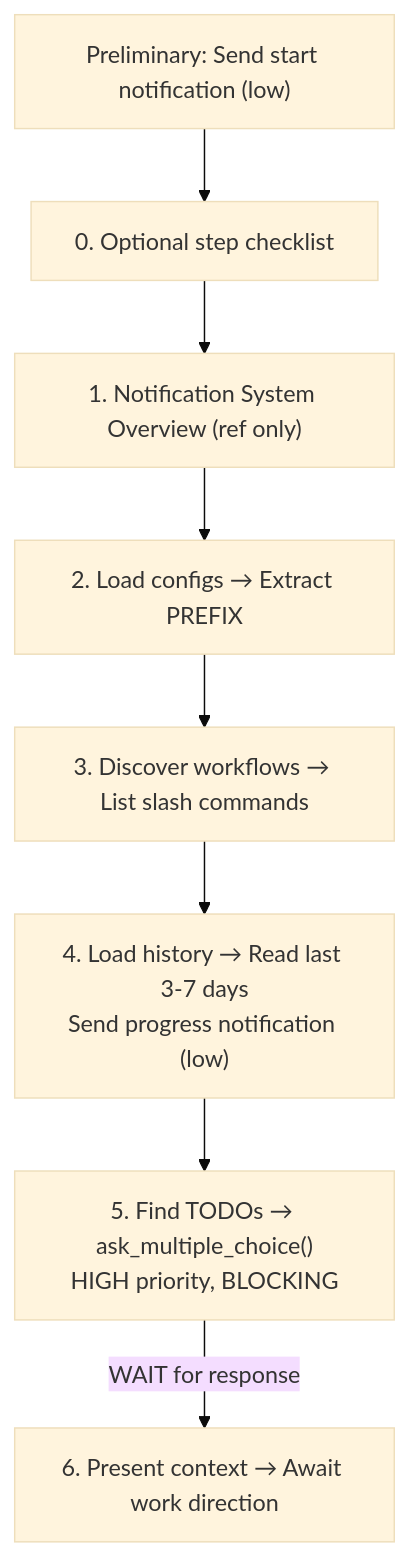
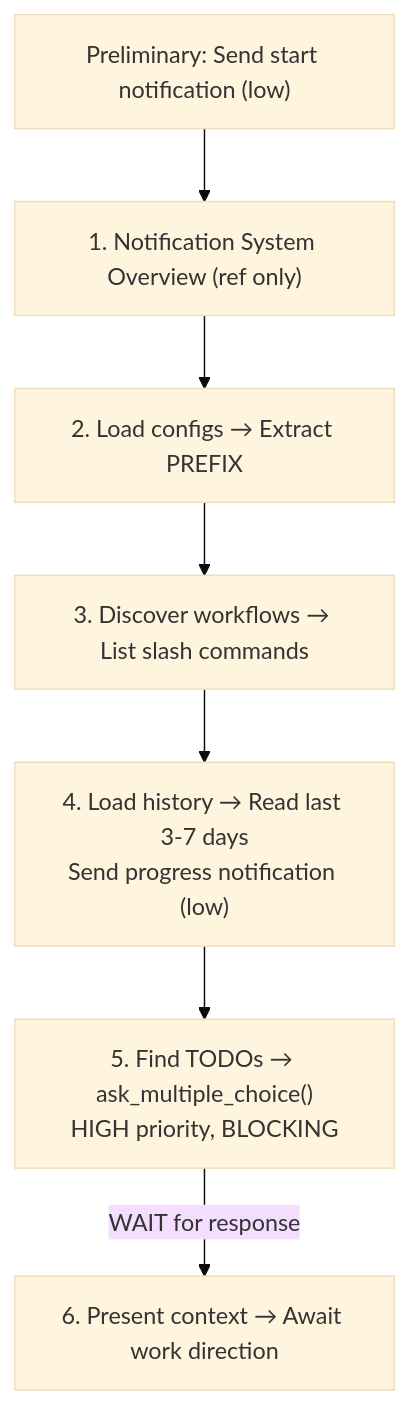
One commit to deepily/planning-is-prompting changed the diagram in workflow/session-start.md. Above: the diagram before and after it, drawn with Mermaid (base theme). The commit also changed other lines of this file, not shown here.

First line of the commit message:
[PLAN] Row 681745a9 follow-through: session-start Step 0 leftovers and list renumbering

````diff
--- a/workflow/session-start.md
+++ b/workflow/session-start.md
@@ -1634,10 +1624,9 @@
 ```mermaid
 flowchart TD
-    P["Preliminary: Send start notification (low)"] --> S0["0. Optional step checklist"]
-    S0 --> S1["1. Notification System Overview (ref only)"]
+    P["Preliminary: Send start notification (low)"] --> S1["1. Notification System Overview (ref only)"]
     S1 --> S2["2. Load configs → Extract PREFIX"]
     S2 --> S3["3. Discover workflows → List slash commands"]
     S3 --> S4["4. Load history → Read last 3-7 days<br>Send progress notification (low)"]
     S4 --> S5["5. Find TODOs → ask_multiple_choice()<br>HIGH priority, BLOCKING"]
     S5 -->|WAIT for response| S6["6. Present context → Await work direction"]
 ```
````
